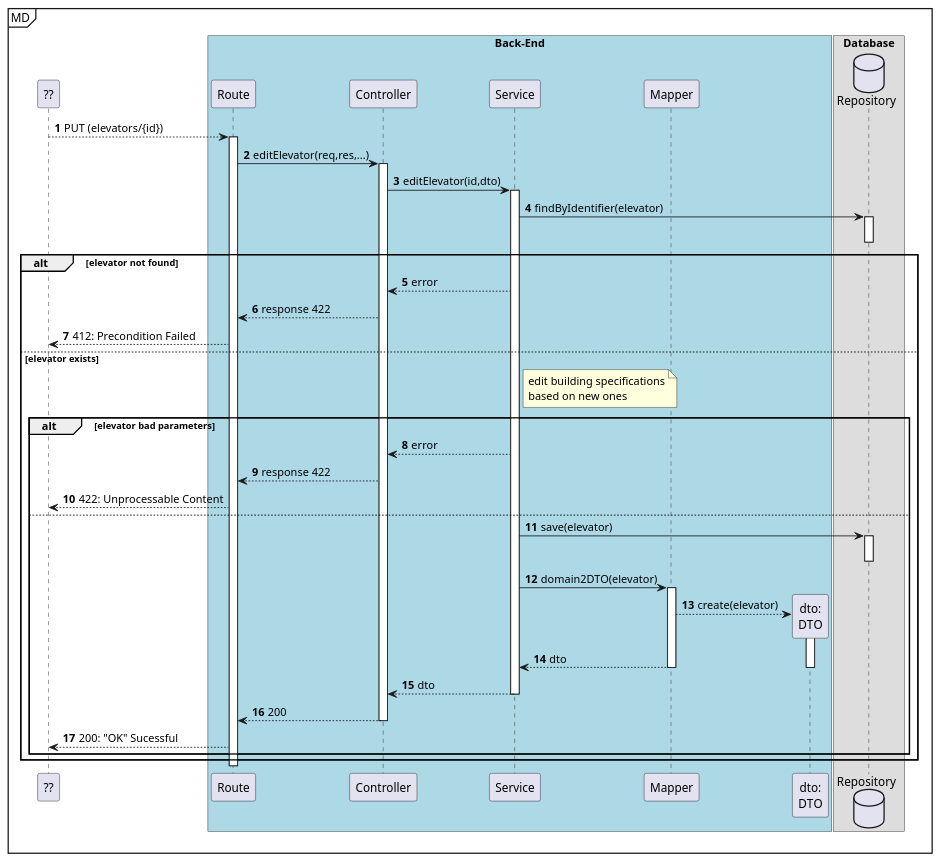
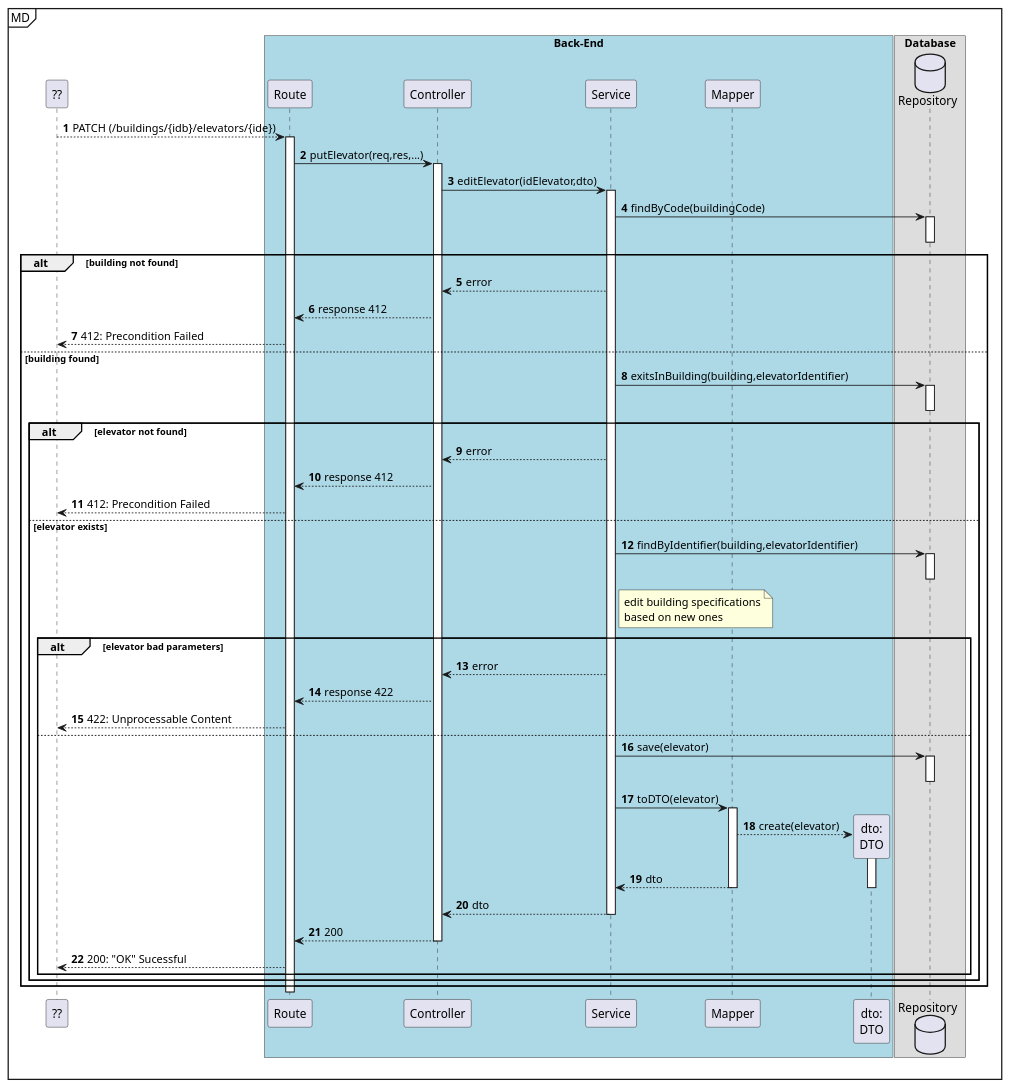
The diagram in docs/us280/level3/process-view-put.puml (Departamento-de-Engenharia-Informatica/lapr5-23-24-g19), drawn with PlantUML before and after one commit. The commit also changed 36 other files, not shown here.

```diff
--- a/docs/us280/level3/process-view-put.puml
+++ b/docs/us280/level3/process-view-put.puml
@@ -1,80 +1,98 @@
 @startuml
 autonumber
 
 participant "??" as ui
 
 mainframe MD
 box "Back-End" #LightBlue
 participant "Route" as r
 participant "Controller" as ctrl
 participant "Service" as svc
 
 
 participant "Mapper" as map
 participant "dto:\nDTO" as dto
 end box
 
 box "Database"
 database "Repository" as repo
 'participant "elevator:\nElevator" as e
 end box
 
-ui --> r: PUT (elevators/{id})
+ui --> r: PATCH (/buildings/{idb}/elevators/{ide})
     activate r
-            r -> ctrl : editElevator(req,res,...)
+            r -> ctrl : putElevator(req,res,...)
                 activate ctrl
-                    ctrl -> svc : editElevator(id,dto)
+                    ctrl -> svc : editElevator(idElevator,dto)
                     activate svc
-                        svc -> repo : findByIdentifier(elevator)
+                        svc -> repo : findByCode(buildingCode)
                         activate repo
                             'repo --> e **: create()
                         deactivate repo
 
-                        alt elevator not found
+                        alt building not found
                             svc --> ctrl : error
-                            ctrl --> r : response 422
+                            ctrl --> r : response 412
                             ui <--r : 412: Precondition Failed
-                        else elevator exists
-
-                            note right of svc
-                                edit building specifications
-                                based on new ones
-                            end note
 
 
-                        alt elevator bad parameters
-                            svc --> ctrl : error
-                            ctrl --> r : response 422
-                            ui <--r : 422: Unprocessable Content
-                        else
-                           svc -> repo : save(elevator)
-                           activate repo
-                           deactivate repo
+
+                        else building found
+
+                            svc -> repo : exitsInBuilding(building,elevatorIdentifier)
+                            activate repo
+                            deactivate repo
+
+                            alt elevator not found
+                                svc --> ctrl : error
+                                ctrl --> r : response 412
+                                ui <--r : 412: Precondition Failed
+                            else elevator exists
+
+                                svc -> repo: findByIdentifier(building,elevatorIdentifier)
+                                activate repo
+                                deactivate repo
+
+                                note right of svc
+                                    edit building specifications
+                                    based on new ones
+                                end note
+
+
+                            alt elevator bad parameters
+                                svc --> ctrl : error
+                                ctrl --> r : response 422
+                                ui <--r : 422: Unprocessable Content
+                            else
+                               svc -> repo : save(elevator)
+                               activate repo
+                               deactivate repo
 
 
 
 
-                        svc -> map : domain2DTO(elevator)
-                        activate map
-                            map --> dto **: create(elevator)
-                            activate dto
+                            svc -> map : toDTO(elevator)
+                            activate map
+                                map --> dto **: create(elevator)
+                                activate dto
 
-                            map --> svc : dto
-                            deactivate dto
-                        deactivate map
+                                map --> svc : dto
+                                deactivate dto
+                            deactivate map
 
-                        svc --> ctrl : dto
-                    deactivate svc
+                            svc --> ctrl : dto
+                        deactivate svc
 
-                    ctrl --> r : 200
-                deactivate ctrl
+                        ctrl --> r : 200
+                    deactivate ctrl
 
 
 
 
-        ui <--r: 200: "OK" Sucessful
-        end
-     end
+            ui <--r: 200: "OK" Sucessful
+                end
+            end
+         end
     deactivate r
 
 @enduml
```
